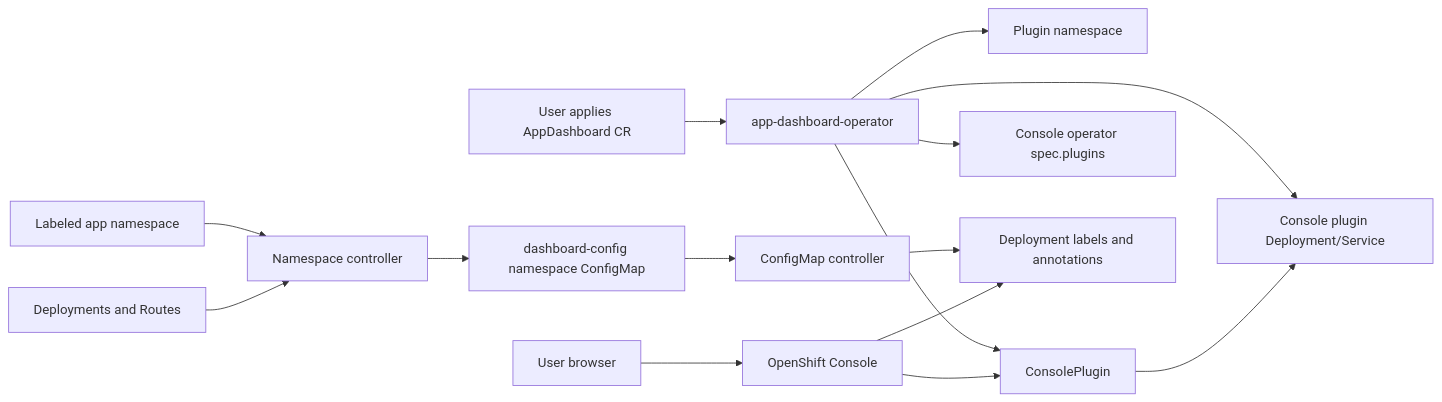
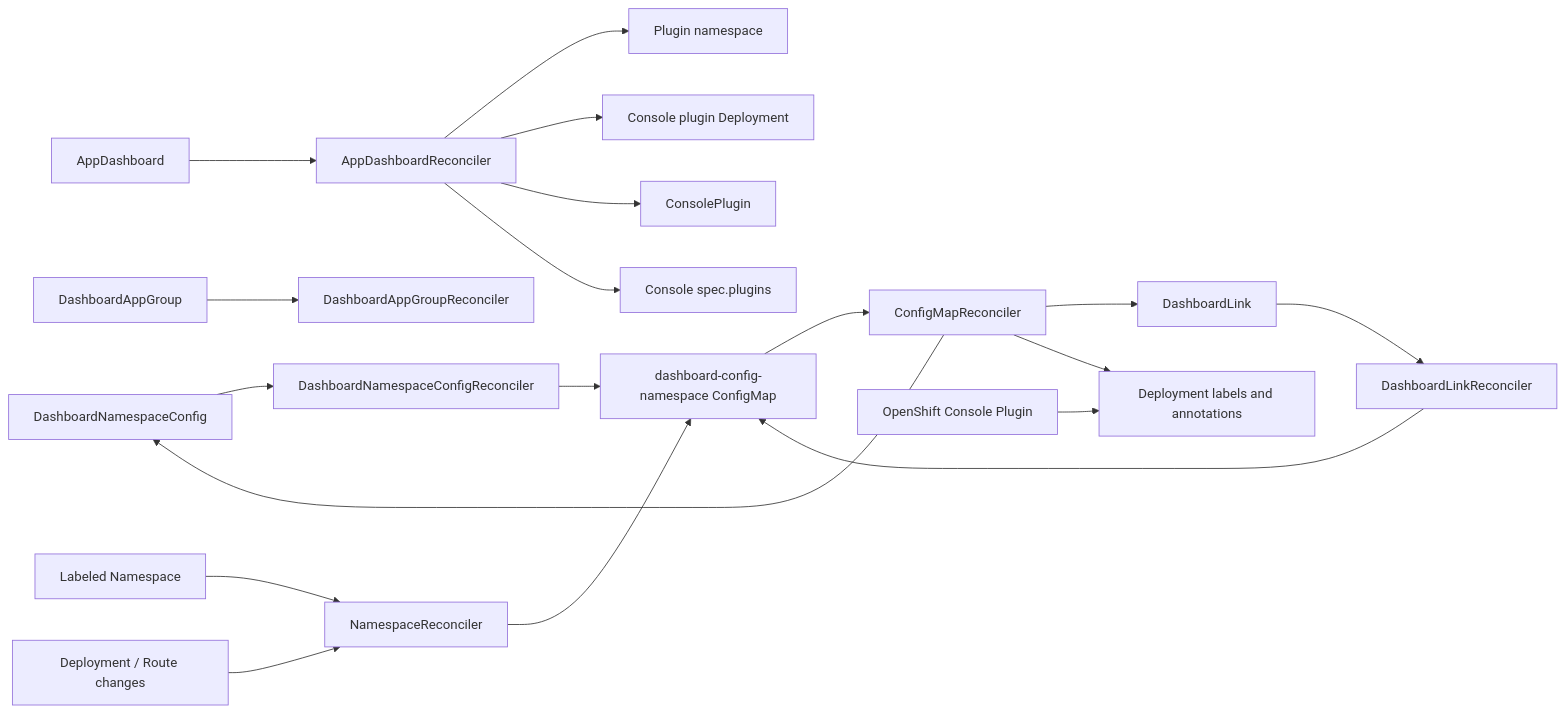
The diagram in .Bob/ARCHITECTURE.md (fumbles/yamlwrangler-operator), drawn with Mermaid before and after one commit. The commit also changed other lines of this file and 23 other files, not shown here.

````diff
--- a/.Bob/ARCHITECTURE.md
+++ b/.Bob/ARCHITECTURE.md
@@ -5,18 +5,24 @@
 ```mermaid
 flowchart LR
-  User["User applies AppDashboard CR"] --> Operator["app-dashboard-operator"]
-  Operator --> PluginNS["Plugin namespace"]
-  Operator --> ConsolePlugin["ConsolePlugin"]
-  Operator --> ConsoleOperator["Console operator spec.plugins"]
-  Operator --> PluginDeploy["Console plugin Deployment/Service"]
-  Console["OpenShift Console"] --> ConsolePlugin
-  ConsolePlugin --> PluginDeploy
-  Browser["User browser"] --> Console
+  AD["AppDashboard"] --> ADC["AppDashboardReconciler"]
+  ADC --> PluginNS["Plugin namespace"]
+  ADC --> PluginDeploy["Console plugin Deployment"]
+  ADC --> ConsolePlugin["ConsolePlugin"]
+  ADC --> ConsoleOperator["Console spec.plugins"]
 
-  Namespace["Labeled app namespace"] --> NamespaceController["Namespace controller"]
-  Deployment["Deployments and Routes"] --> NamespaceController
-  NamespaceController --> ConfigMap["dashboard-config namespace ConfigMap"]
-  ConfigMap --> ConfigMapController["ConfigMap controller"]
-  ConfigMapController --> Labels["Deployment labels and annotations"]
-  Console --> Labels
+  DNC["DashboardNamespaceConfig"] --> DNCC["DashboardNamespaceConfigReconciler"]
+  DL["DashboardLink"] --> DLC["DashboardLinkReconciler"]
+  DAG["DashboardAppGroup"] --> DAGC["DashboardAppGroupReconciler"]
+
+  Namespace["Labeled Namespace"] --> NC["NamespaceReconciler"]
+  Deployment["Deployment / Route changes"] --> NC
+
+  DNCC --> CM["dashboard-config-namespace ConfigMap"]
+  DLC --> CM
+  NC --> CM
+  CM --> CMC["ConfigMapReconciler"]
+  CMC --> DNC
+  CMC --> DL
+  CMC --> Labels["Deployment labels and annotations"]
+  Console["OpenShift Console Plugin"] --> Labels
 ```
````
